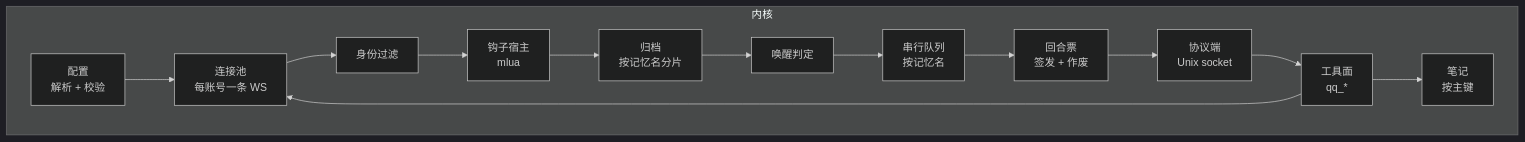
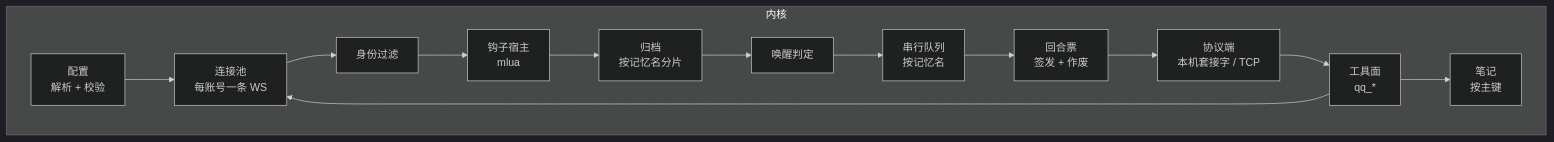
One commit to DataEraserC/qq-bridge changed the first of 2 diagrams in docs/architecture/03-kernel.md. Above: the diagram before and after it, drawn with Mermaid (dark theme). The commit also changed 23 other files, not shown here.

````diff
--- a/docs/architecture/03-kernel.md
+++ b/docs/architecture/03-kernel.md
@@ -15,27 +15,27 @@
 ```mermaid
 flowchart TB
     subgraph kernel[内核]
         CFG["配置<br/>解析 + 校验"]
         CONN["连接池<br/>每账号一条 WS"]
         FILT["身份过滤"]
         HOOK["钩子宿主<br/>mlua"]
         ARCH["归档<br/>按记忆名分片"]
         NOTE["笔记<br/>按主键"]
         WAKE["唤醒判定"]
         QUEUE["串行队列<br/>按记忆名"]
         TURN["回合票<br/>签发 + 作废"]
-        PROTO["协议端<br/>Unix socket"]
+        PROTO["协议端<br/>本机套接字 / TCP"]
         TOOL["工具面<br/>qq_*"]
     end
     CFG --> CONN
     CONN --> FILT
     FILT --> HOOK
     HOOK --> ARCH
     ARCH --> WAKE
     WAKE --> QUEUE
     QUEUE --> TURN
     TURN --> PROTO
     PROTO --> TOOL
     TOOL --> CONN
     TOOL --> NOTE
 ```
````
